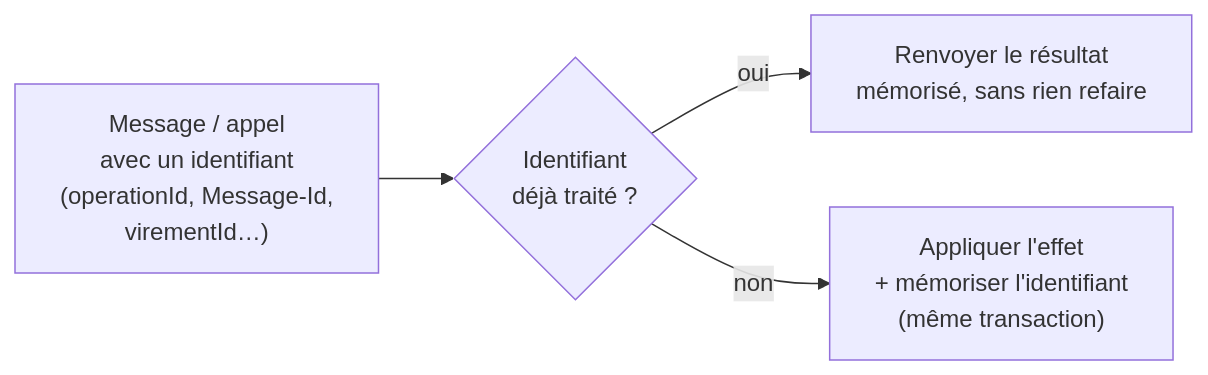
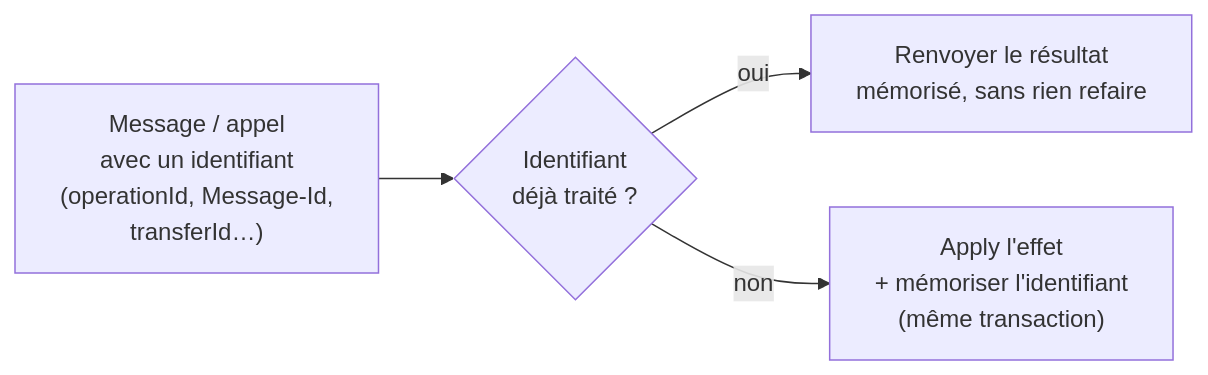
Before and after one commit to drangoht/ArchitecturesDemo: the first of 7 diagrams in Docs/concepts-transverses.md, drawn with Mermaid. The commit also changed other lines of this file and 70 other files, not shown here.

Commit message:
Docs FR : identifiants, liens, diagrammes et sorties alignés sur le code anglais

````diff
--- a/Docs/concepts-transverses.md
+++ b/Docs/concepts-transverses.md
@@ -27,6 +27,6 @@
 ```mermaid
 flowchart LR
-    A["Message / appel<br/>avec un identifiant<br/>(operationId, Message-Id,<br/>virementId…)"] --> B{"Identifiant<br/>déjà traité ?"}
+    A["Message / appel<br/>avec un identifiant<br/>(operationId, Message-Id,<br/>transferId…)"] --> B{"Identifiant<br/>déjà traité ?"}
     B -->|"oui"| C["Renvoyer le résultat<br/>mémorisé, sans rien refaire"]
-    B -->|"non"| D["Appliquer l'effet<br/>+ mémoriser l'identifiant<br/>(même transaction)"]
+    B -->|"non"| D["Apply l'effet<br/>+ mémoriser l'identifiant<br/>(même transaction)"]
 ```
````
